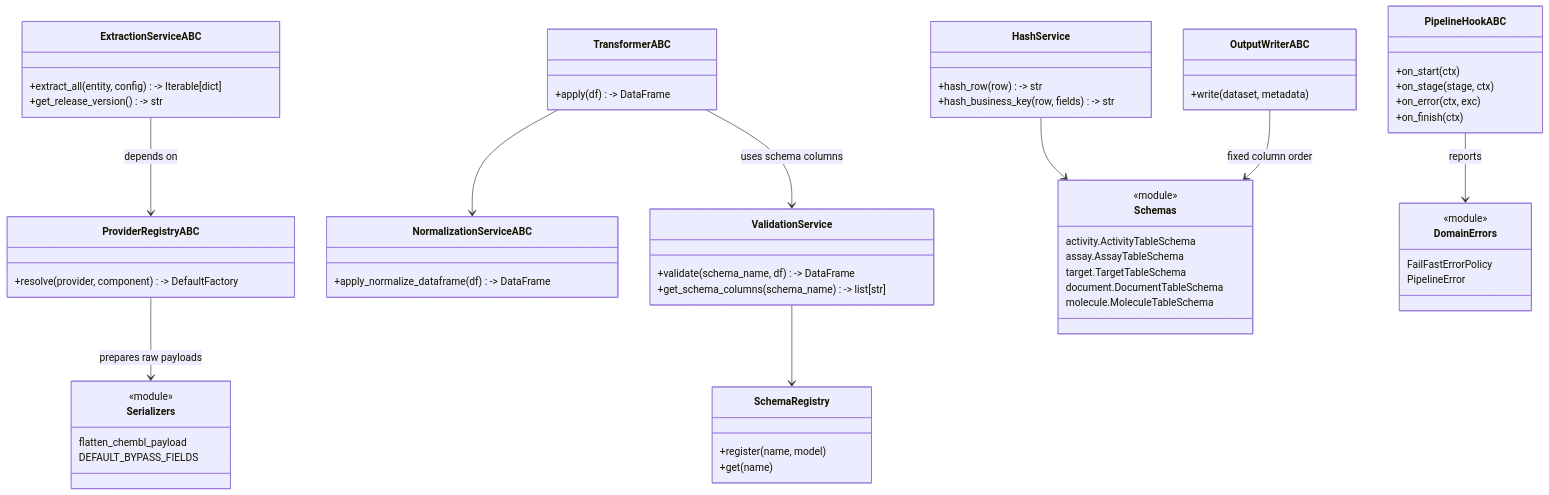
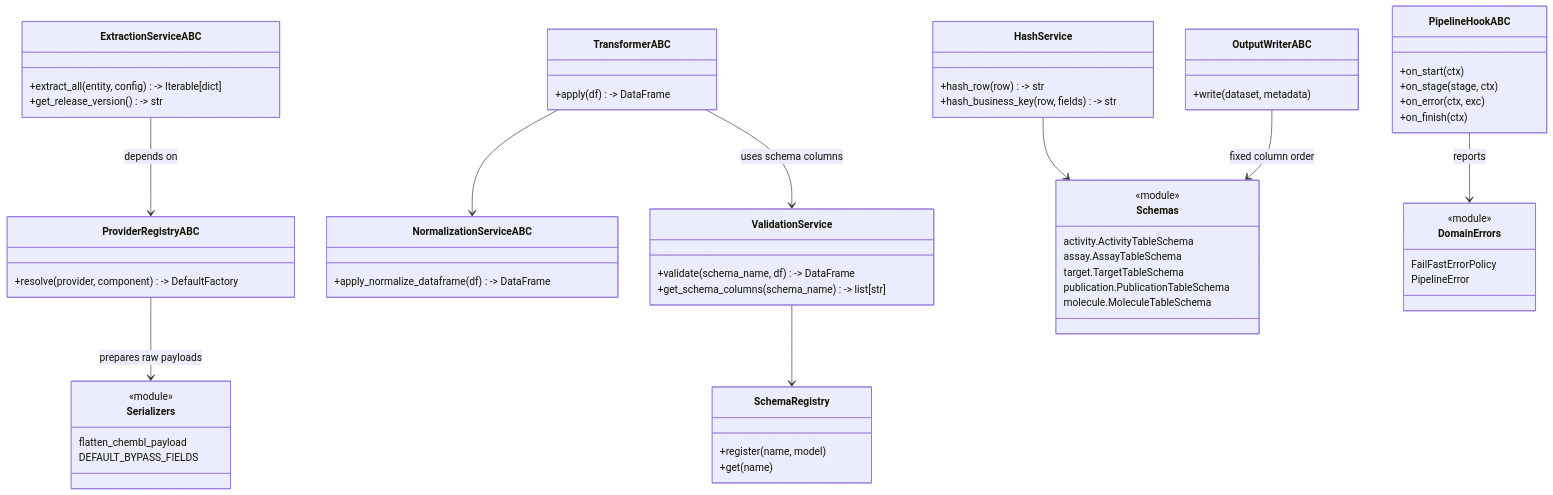
Before and after one commit to SatoryKono/BioactivityDataAcquisition: the diagram in docs/architecture/diagrams/class/19-domain-layer-overview.mmd, drawn with Mermaid. The commit also changed 50 other files, not shown here.

Commit message:
Переименование Document в Publication

```diff
--- a/docs/architecture/diagrams/class/19-domain-layer-overview.mmd
+++ b/docs/architecture/diagrams/class/19-domain-layer-overview.mmd
@@ -1,66 +1,66 @@
 ---
 id: 982f0a93-3f02-42be-9536-698deb820cb9
 ---
 %%{init: {"class": {"domainPrimary": {"fill": "#f5f5f5", "stroke": "#444", "strokeWidth": 1.5, "color": "#111", "fontSize": "22px"}, "domainSecondary": {"fill": "#e3e7ec", "stroke": "#555", "strokeWidth": 1.2, "color": "#111", "fontSize": "18px"}, "interface": {"fill": "#dde7f2", "stroke": "#44546a", "strokeWidth": 1.5, "color": "#111", "fontSize": "22px"}}}}%%
 classDiagram
     class ExtractionServiceABC {
         +extract_all(entity, config) -> Iterable[dict]
         +get_release_version() -> str
     }
     class TransformerABC {
         +apply(df) -> DataFrame
     }
     class ValidationService {
         +validate(schema_name, df) -> DataFrame
         +get_schema_columns(schema_name) -> list[str]
     }
     class SchemaRegistry {
         +register(name, model)
         +get(name)
     }
     class HashService {
         +hash_row(row) -> str
         +hash_business_key(row, fields) -> str
     }
     class NormalizationServiceABC {
         +apply_normalize_dataframe(df) -> DataFrame
     }
     class ProviderRegistryABC {
         +resolve(provider, component) -> DefaultFactory
     }
     class PipelineHookABC {
         +on_start(ctx)
         +on_stage(stage, ctx)
         +on_error(ctx, exc)
         +on_finish(ctx)
     }
     class OutputWriterABC {
         +write(dataset, metadata)
     }
     class Schemas {
         <<module>>
         activity.ActivityTableSchema
         assay.AssayTableSchema
         target.TargetTableSchema
-        document.DocumentTableSchema
+        publication.PublicationTableSchema
         molecule.MoleculeTableSchema
     }
     class Serializers {
         <<module>>
         flatten_chembl_payload
         DEFAULT_BYPASS_FIELDS
     }
     class DomainErrors {
         <<module>>
         FailFastErrorPolicy
         PipelineError
     }
 
     ExtractionServiceABC --> ProviderRegistryABC : depends on
     TransformerABC --> NormalizationServiceABC
     TransformerABC --> ValidationService : uses schema columns
     ValidationService --> SchemaRegistry
     HashService --> Schemas
     OutputWriterABC --> Schemas : fixed column order
     PipelineHookABC --> DomainErrors : reports
     ProviderRegistryABC --> Serializers : prepares raw payloads
```
